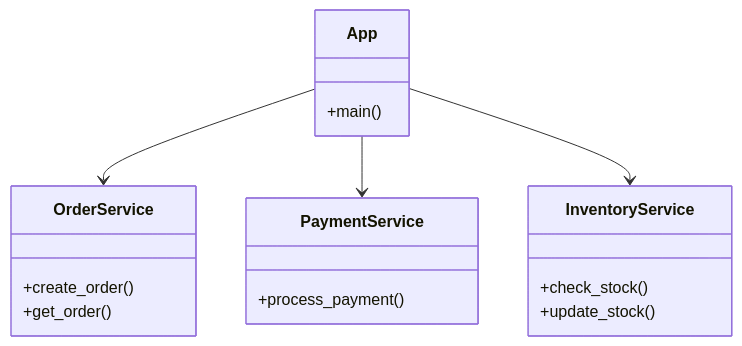
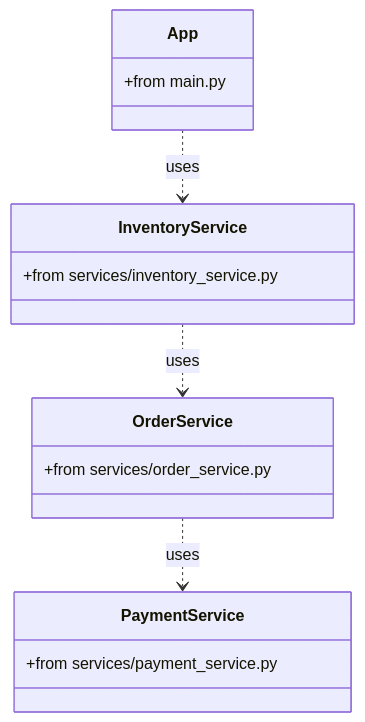
Before and after one commit to tomyangod/architecture_viewer: the first of 2 diagrams in examples/showcase-shop/architecture_viewer/class-diagram.md, drawn with Mermaid. The commit also changed other lines of this file and 44 other files, not shown here.

````diff
--- a/examples/showcase-shop/architecture_viewer/class-diagram.md
+++ b/examples/showcase-shop/architecture_viewer/class-diagram.md
@@ -3,21 +5,18 @@
 ```mermaid
 classDiagram
-    class App {
-        +main()
-    }
-    class OrderService {
-        +create_order()
-        +get_order()
-    }
-    class PaymentService {
-        +process_payment()
-    }
-    class InventoryService {
-        +check_stock()
-        +update_stock()
-    }
-
-    App --> OrderService
-    App --> PaymentService
-    App --> InventoryService
+  class App {
+    +from main.py
+  }
+  class InventoryService {
+    +from services/inventory_service.py
+  }
+  class OrderService {
+    +from services/order_service.py
+  }
+  class PaymentService {
+    +from services/payment_service.py
+  }
+  App ..> InventoryService : uses
+  InventoryService ..> OrderService : uses
+  OrderService ..> PaymentService : uses
 ```
````
